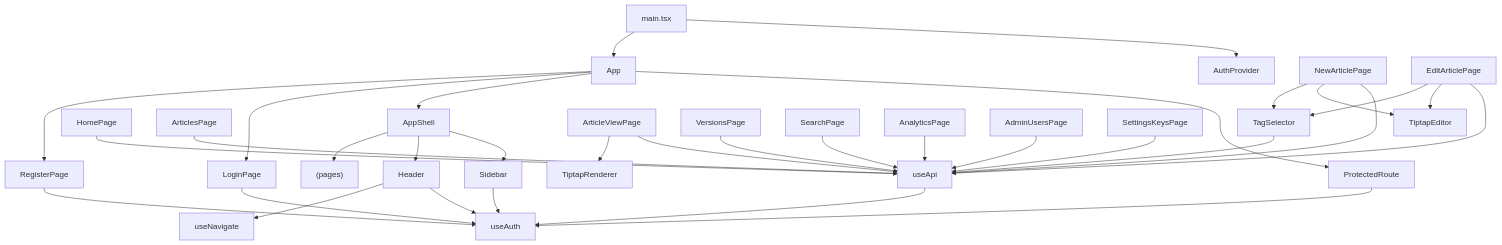
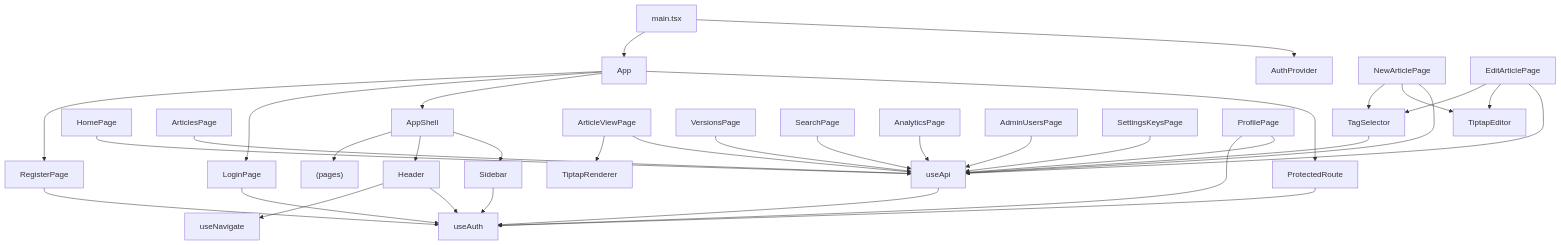
One commit to hhgsun/knowledge-portal changed the diagram in specs/frontend-structure.md. Above: the diagram before and after it, drawn with Mermaid. The commit also changed other lines of this file and 10 other files, not shown here.

````diff
--- a/specs/frontend-structure.md
+++ b/specs/frontend-structure.md
@@ -43,42 +47,44 @@
 ```mermaid
 graph TD
     main[main.tsx] --> AuthProvider
     main --> App
 
     App --> ProtectedRoute
     App --> AppShell
     App --> LoginPage
     App --> RegisterPage
 
     AppShell --> Sidebar
     AppShell --> Header
     AppShell --> Outlet["<Outlet> (pages)"]
 
     ProtectedRoute --> useAuth
 
     Sidebar --> useAuth
     Header --> useAuth
     Header --> useNavigate
 
     HomePage --> useApi
     ArticlesPage --> useApi
     NewArticlePage --> useApi
     NewArticlePage --> TiptapEditor
     NewArticlePage --> TagSelector
     EditArticlePage --> useApi
     EditArticlePage --> TiptapEditor
     EditArticlePage --> TagSelector
     ArticleViewPage --> useApi
     ArticleViewPage --> TiptapRenderer
     VersionsPage --> useApi
     SearchPage --> useApi
     AnalyticsPage --> useApi
     AdminUsersPage --> useApi
     SettingsKeysPage --> useApi
+    ProfilePage --> useApi
+    ProfilePage --> useAuth
 
     TagSelector --> useApi
 
     useApi --> useAuth
     LoginPage --> useAuth
     RegisterPage --> useAuth
 ```
````
